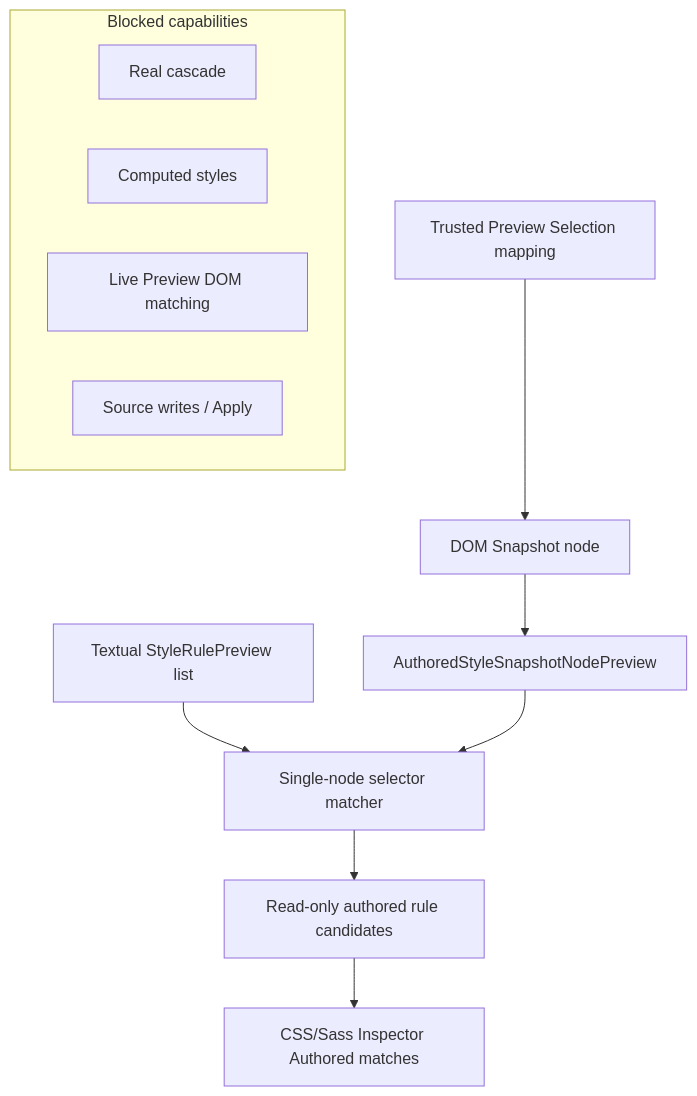
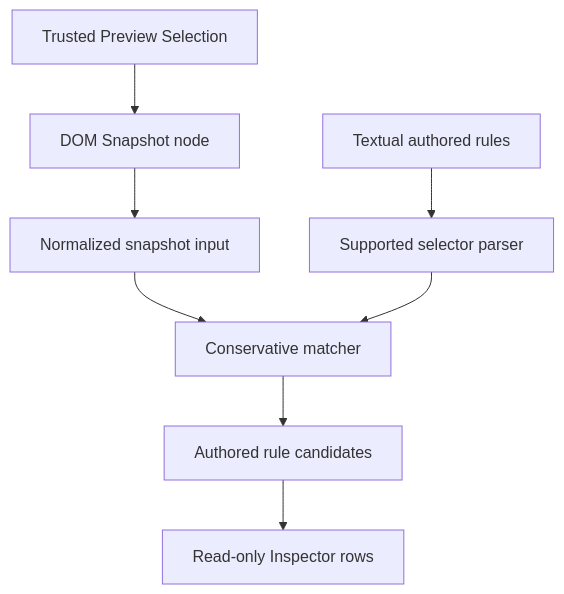
One commit to krestosa/Crystal changed the diagram in docs/architecture/authored-style-matching-dom-snapshot.md. Above: the diagram before and after it, drawn with Mermaid. The commit also changed other lines of this file and 60 other files, not shown here.

````diff
--- a/docs/architecture/authored-style-matching-dom-snapshot.md
+++ b/docs/architecture/authored-style-matching-dom-snapshot.md
@@ -65,16 +13,10 @@
 ```mermaid
 flowchart TD
-  Selection[Trusted Preview Selection mapping] --> Snapshot[DOM Snapshot node]
-  Snapshot --> Normalize[AuthoredStyleSnapshotNodePreview]
-  Rules[Textual StyleRulePreview list] --> Matcher[Single-node selector matcher]
-  Normalize --> Matcher
-  Matcher --> Candidates[Read-only authored rule candidates]
-  Candidates --> Inspector[CSS/Sass Inspector Authored matches]
-
-  subgraph Blocked[Blocked capabilities]
-    Cascade[Real cascade]
-    Computed[Computed styles]
-    LiveDOM[Live Preview DOM matching]
-    Writes[Source writes / Apply]
-  end
+  Selection[Trusted Preview Selection] --> Node[DOM Snapshot node]
+  Node --> Normalize[Normalized snapshot input]
+  Rules[Textual authored rules] --> Parse[Supported selector parser]
+  Normalize --> Match[Conservative matcher]
+  Parse --> Match
+  Match --> Candidates[Authored rule candidates]
+  Candidates --> Inspector[Read-only Inspector rows]
 ```
````
